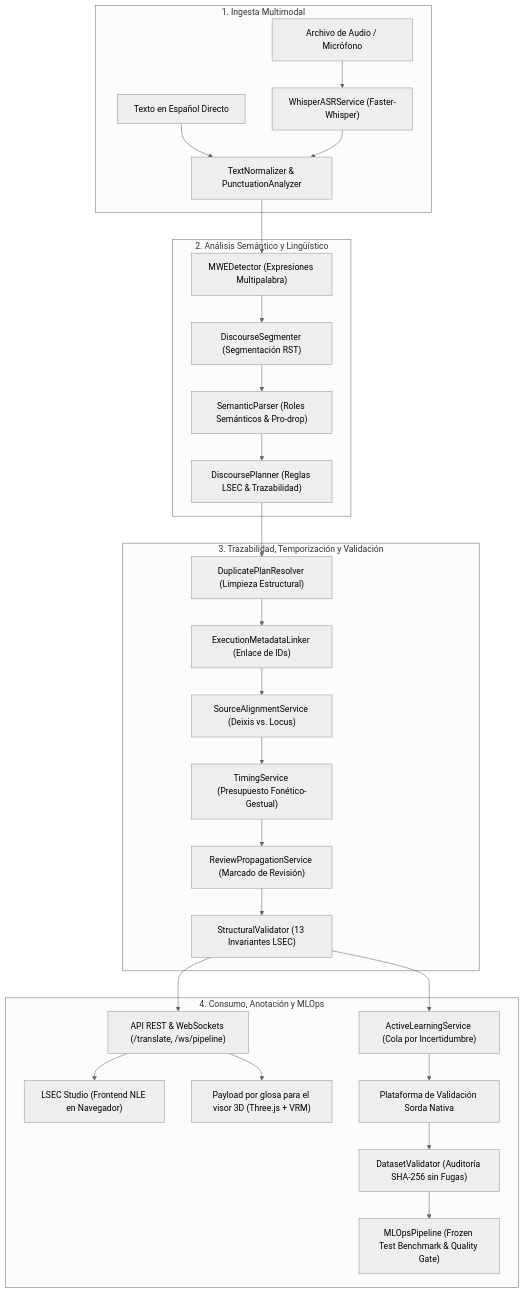
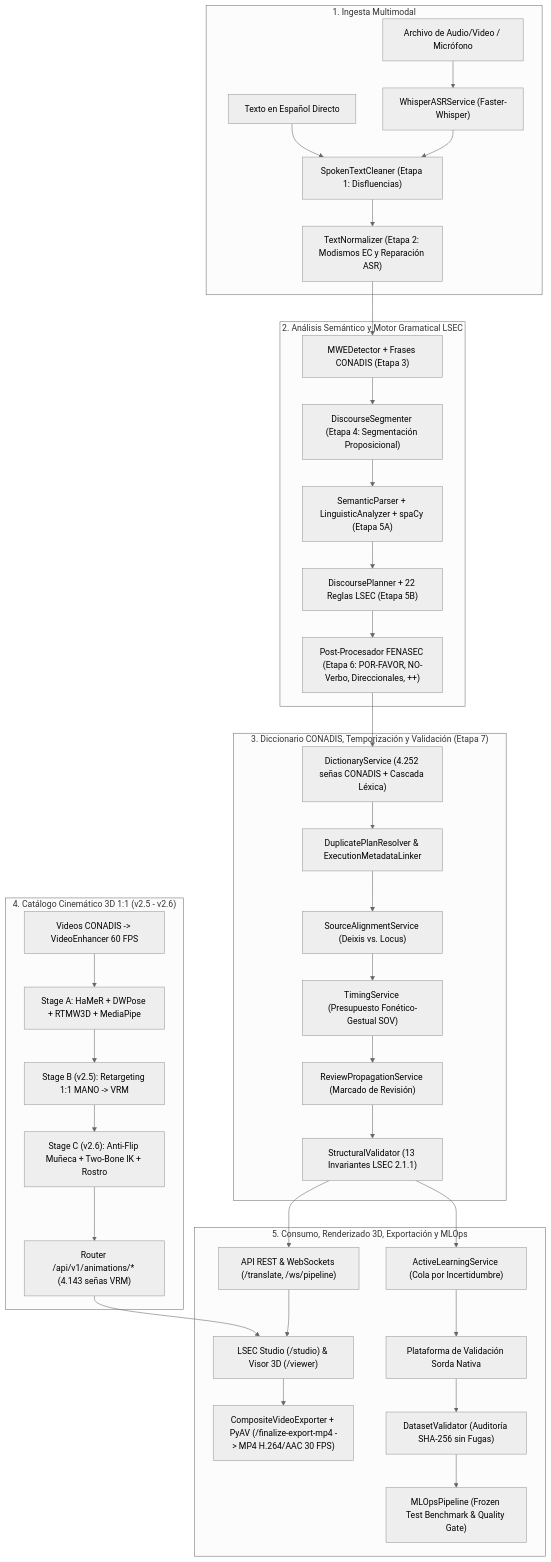
Before and after one commit to BrandonVol3/lsec-translator: the diagram in docs/DESCRIPCION_TECNOLOGIAS_Y_FUNCIONES_DEL_SISTEMA.md, drawn with Mermaid (neutral theme). The commit also changed other lines of this file and 578 other files, not shown here.

````diff
--- a/docs/DESCRIPCION_TECNOLOGIAS_Y_FUNCIONES_DEL_SISTEMA.md
+++ b/docs/DESCRIPCION_TECNOLOGIAS_Y_FUNCIONES_DEL_SISTEMA.md
@@ -58,34 +76,44 @@
 ```mermaid
 graph TD
     subgraph INGESTION["1. Ingesta Multimodal"]
-        AudioIn["Archivo de Audio / Micrófono"] --> WhisperASR["WhisperASRService (Faster-Whisper)"]
-        TextIn["Texto en Español Directo"] --> Normalizer["TextNormalizer & PunctuationAnalyzer"]
-        WhisperASR --> Normalizer
+        AudioIn["Archivo de Audio/Video / Micrófono"] --> WhisperASR["WhisperASRService (Faster-Whisper)"]
+        TextIn["Texto en Español Directo"] --> Cleaner["SpokenTextCleaner (Etapa 1: Disfluencias)"]
+        WhisperASR --> Cleaner
+        Cleaner --> Normalizer["TextNormalizer (Etapa 2: Modismos EC y Reparación ASR)"]
     end
 
-    subgraph SEMANTIC_ANALYSIS["2. Análisis Semántico y Lingüístico"]
-        Normalizer --> MWE["MWEDetector (Expresiones Multipalabra)"]
-        MWE --> Segmenter["DiscourseSegmenter (Segmentación RST)"]
-        Segmenter --> SemanticParser["SemanticParser (Roles Semánticos & Pro-drop)"]
-        SemanticParser --> DiscoursePlanner["DiscoursePlanner (Reglas LSEC & Trazabilidad)"]
+    subgraph SEMANTIC_ANALYSIS["2. Análisis Semántico y Motor Gramatical LSEC"]
+        Normalizer --> MWE["MWEDetector + Frases CONADIS (Etapa 3)"]
+        MWE --> Segmenter["DiscourseSegmenter (Etapa 4: Segmentación Proposicional)"]
+        Segmenter --> SemanticParser["SemanticParser + LinguisticAnalyzer + spaCy (Etapa 5A)"]
+        SemanticParser --> DiscoursePlanner["DiscoursePlanner + 22 Reglas LSEC (Etapa 5B)"]
+        DiscoursePlanner --> Fenasec["Post-Procesador FENASEC (Etapa 6: POR-FAVOR, NO-Verbo, Direccionales, ++)"]
     end
 
-    subgraph METADATA_TIMING["3. Trazabilidad, Temporización y Validación"]
-        DiscoursePlanner --> DupResolver["DuplicatePlanResolver (Limpieza Estructural)"]
-        DupResolver --> MetaLinker["ExecutionMetadataLinker (Enlace de IDs)"]
-        MetaLinker --> Alignment["SourceAlignmentService (Deixis vs. Locus)"]
-        Alignment --> Timing["TimingService (Presupuesto Fonético-Gestual)"]
+    subgraph METADATA_TIMING["3. Diccionario CONADIS, Temporización y Validación (Etapa 7)"]
+        Fenasec --> DictService["DictionaryService (4.252 señas CONADIS + Cascada Léxica)"]
+        DictService --> DupResolver["DuplicatePlanResolver & ExecutionMetadataLinker"]
+        DupResolver --> Alignment["SourceAlignmentService (Deixis vs. Locus)"]
+        Alignment --> Timing["TimingService (Presupuesto Fonético-Gestual SOV)"]
         Timing --> ReviewService["ReviewPropagationService (Marcado de Revisión)"]
-        ReviewService --> Validator["StructuralValidator (13 Invariantes LSEC)"]
+        ReviewService --> Validator["StructuralValidator (13 Invariantes LSEC 2.1.1)"]
     end
 
-    subgraph OUTPUT_MLOPS["4. Consumo, Anotación y MLOps"]
+    subgraph ANIMATION_PIPELINE["4. Catálogo Cinemático 3D 1:1 (v2.5 - v2.6)"]
+        RawVids["Videos CONADIS -> VideoEnhancer 60 FPS"] --> StageA["Stage A: HaMeR + DWPose + RTMW3D + MediaPipe"]
+        StageA --> StageB["Stage B (v2.5): Retargeting 1:1 MANO -> VRM"]
+        StageB --> StageC["Stage C (v2.6): Anti-Flip Muñeca + Two-Bone IK + Rostro"]
+        StageC --> AnimRouter["Router /api/v1/animations/* (4.143 señas VRM)"]
+    end
+
+    subgraph OUTPUT_MLOPS["5. Consumo, Renderizado 3D, Exportación y MLOps"]
         Validator --> REST_WS["API REST & WebSockets (/translate, /ws/pipeline)"]
-        REST_WS --> StudioUI["LSEC Studio (Frontend NLE en Navegador)"]
-        REST_WS --> AvatarOut["Payload por glosa para el visor 3D (Three.js + VRM)"]
+        AnimRouter --> StudioUI["LSEC Studio (/studio) & Visor 3D (/viewer)"]
+        REST_WS --> StudioUI
+        StudioUI --> VideoExport["CompositeVideoExporter + PyAV (/finalize-export-mp4 -> MP4 H.264/AAC 30 FPS)"]
         Validator --> ActiveLearn["ActiveLearningService (Cola por Incertidumbre)"]
         ActiveLearn --> AnnotationPlatform["Plataforma de Validación Sorda Nativa"]
         AnnotationPlatform --> DatasetVal["DatasetValidator (Auditoría SHA-256 sin Fugas)"]
         DatasetVal --> MLOpsGate["MLOpsPipeline (Frozen Test Benchmark & Quality Gate)"]
     end
 ```
````
